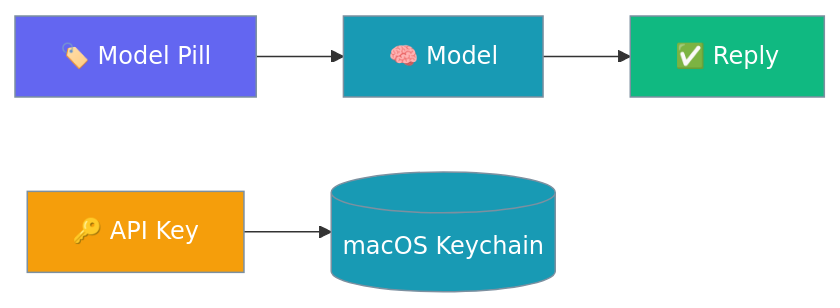
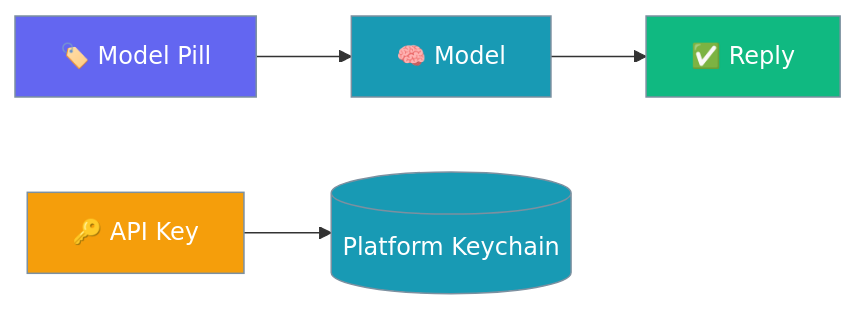
One commit to MervinPraison/PraisonAIDocs changed the first of 3 diagrams in docs/features/desktop/models.mdx. Above: the diagram before and after it, drawn with Mermaid. The commit also changed other lines of this file and 7 other files, not shown here.

````diff
--- a/docs/features/desktop/models.mdx
+++ b/docs/features/desktop/models.mdx
@@ -22,16 +22,16 @@
 ```mermaid
 graph LR
     Pill[🏷️ Model Pill] --> Model[🧠 Model]
-    Key[🔑 API Key] --> Keychain[(macOS Keychain)]
+    Key[🔑 API Key] --> Keychain[(Platform Keychain)]
     Model --> Reply[✅ Reply]
 
     classDef pill fill:#6366F1,stroke:#7C90A0,color:#fff
     classDef model fill:#189AB4,stroke:#7C90A0,color:#fff
     classDef key fill:#F59E0B,stroke:#7C90A0,color:#fff
     classDef reply fill:#10B981,stroke:#7C90A0,color:#fff
 
     class Pill pill
     class Model,Keychain model
     class Key key
     class Reply reply
 ```
````
